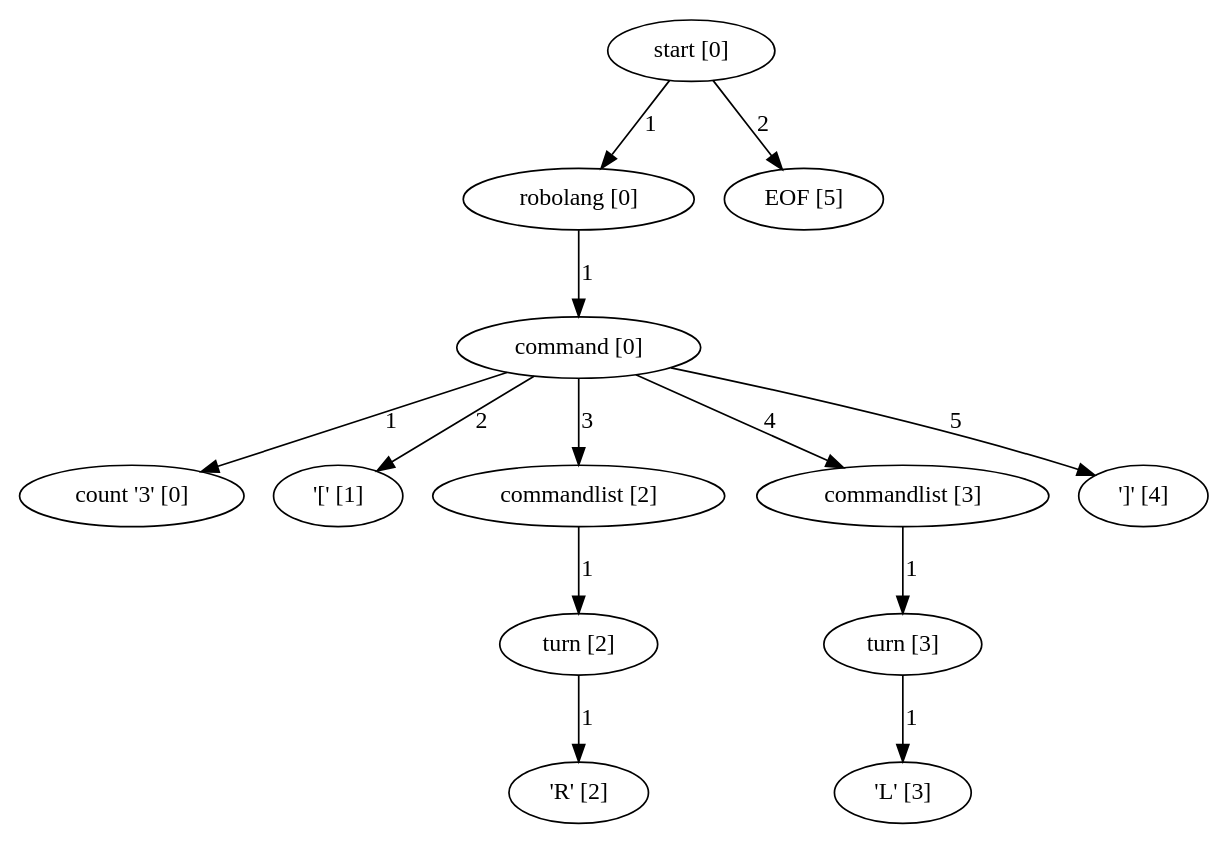
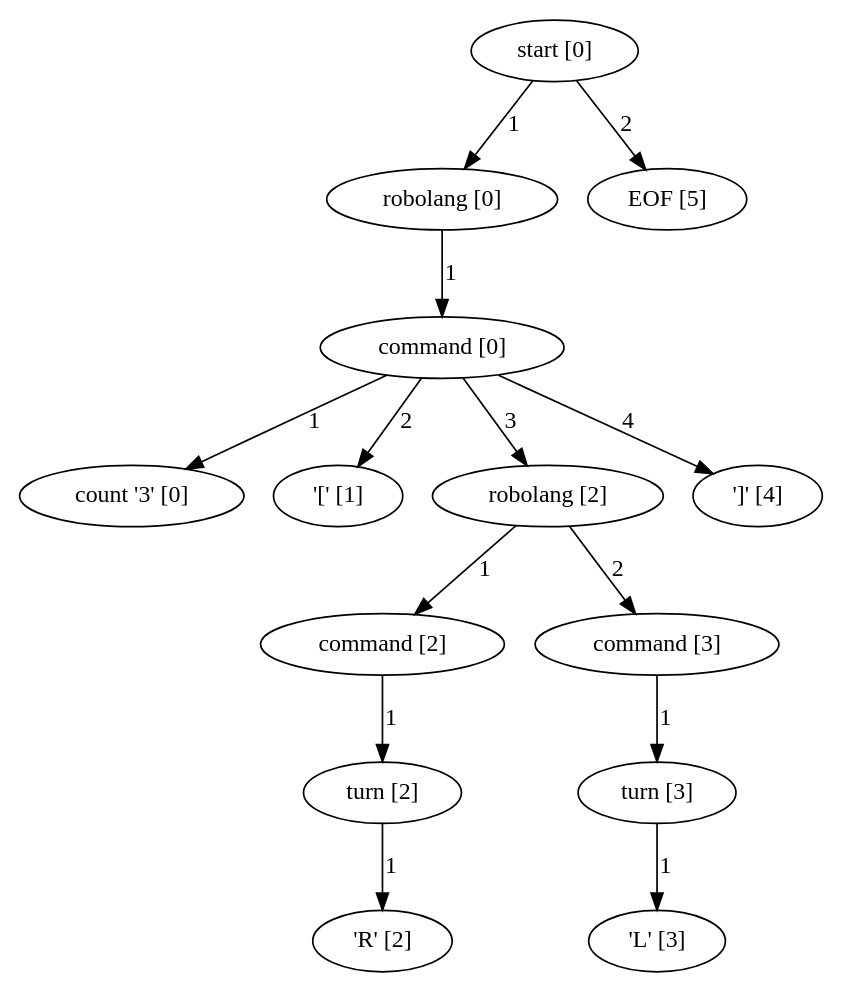
One commit to pragdave/nathan changed the diagram in start_parse_tree.dot. Above: the diagram before and after it, drawn with Graphviz. The commit also changed 7 other files, not shown here.

```diff
--- a/start_parse_tree.dot
+++ b/start_parse_tree.dot
@@ -1,39 +1,42 @@
 digraph arpeggio_graph {
-2089388173240 [label="start [0]"];
-2089388173240->2089388172968 [label="1"]
+2385991564824 [label="start [0]"];
+2385991564824->2385991564688 [label="1"]
 
-2089388172968 [label="robolang [0]"];
-2089388172968->2089388173104 [label="1"]
+2385991564688 [label="robolang [0]"];
+2385991564688->2385991564416 [label="1"]
 
-2089388173104 [label="command [0]"];
-2089388173104->2089388072416 [label="1"]
+2385991564416 [label="command [0]"];
+2385991564416->2385991558992 [label="1"]
 
-2089388072416 [label="count '3' [0]"];
-2089388173104->2089388072296 [label="2"]
+2385991558992 [label="count '3' [0]"];
+2385991564416->2385991558872 [label="2"]
 
-2089388072296 [label=" '[' [1]"];
-2089388173104->2089388172560 [label="3"]
+2385991558872 [label=" '[' [1]"];
+2385991564416->2385991564552 [label="3"]
 
-2089388172560 [label="commandlist [2]"];
-2089388172560->2089388076840 [label="1"]
+2385991564552 [label="robolang [2]"];
+2385991564552->2385991564008 [label="1"]
 
-2089388076840 [label="turn [2]"];
-2089388076840->2089388072056 [label="1"]
+2385991564008 [label="command [2]"];
+2385991564008->2385991563872 [label="1"]
 
-2089388072056 [label=" 'R' [2]"];
-2089388173104->2089388172696 [label="4"]
+2385991563872 [label="turn [2]"];
+2385991563872->2385991559352 [label="1"]
 
-2089388172696 [label="commandlist [3]"];
-2089388172696->2089388172832 [label="1"]
+2385991559352 [label=" 'R' [2]"];
+2385991564552->2385991564280 [label="2"]
 
-2089388172832 [label="turn [3]"];
-2089388172832->2089388072176 [label="1"]
+2385991564280 [label="command [3]"];
+2385991564280->2385991564144 [label="1"]
 
-2089388072176 [label=" 'L' [3]"];
-2089388173104->2089388072656 [label="5"]
+2385991564144 [label="turn [3]"];
+2385991564144->2385991558632 [label="1"]
 
-2089388072656 [label=" ']' [4]"];
-2089388173240->2089388072776 [label="2"]
+2385991558632 [label=" 'L' [3]"];
+2385991564416->2385991558752 [label="4"]
 
-2089388072776 [label="EOF [5]"];
+2385991558752 [label=" ']' [4]"];
+2385991564824->2385991559472 [label="2"]
+
+2385991559472 [label="EOF [5]"];
 }
```
